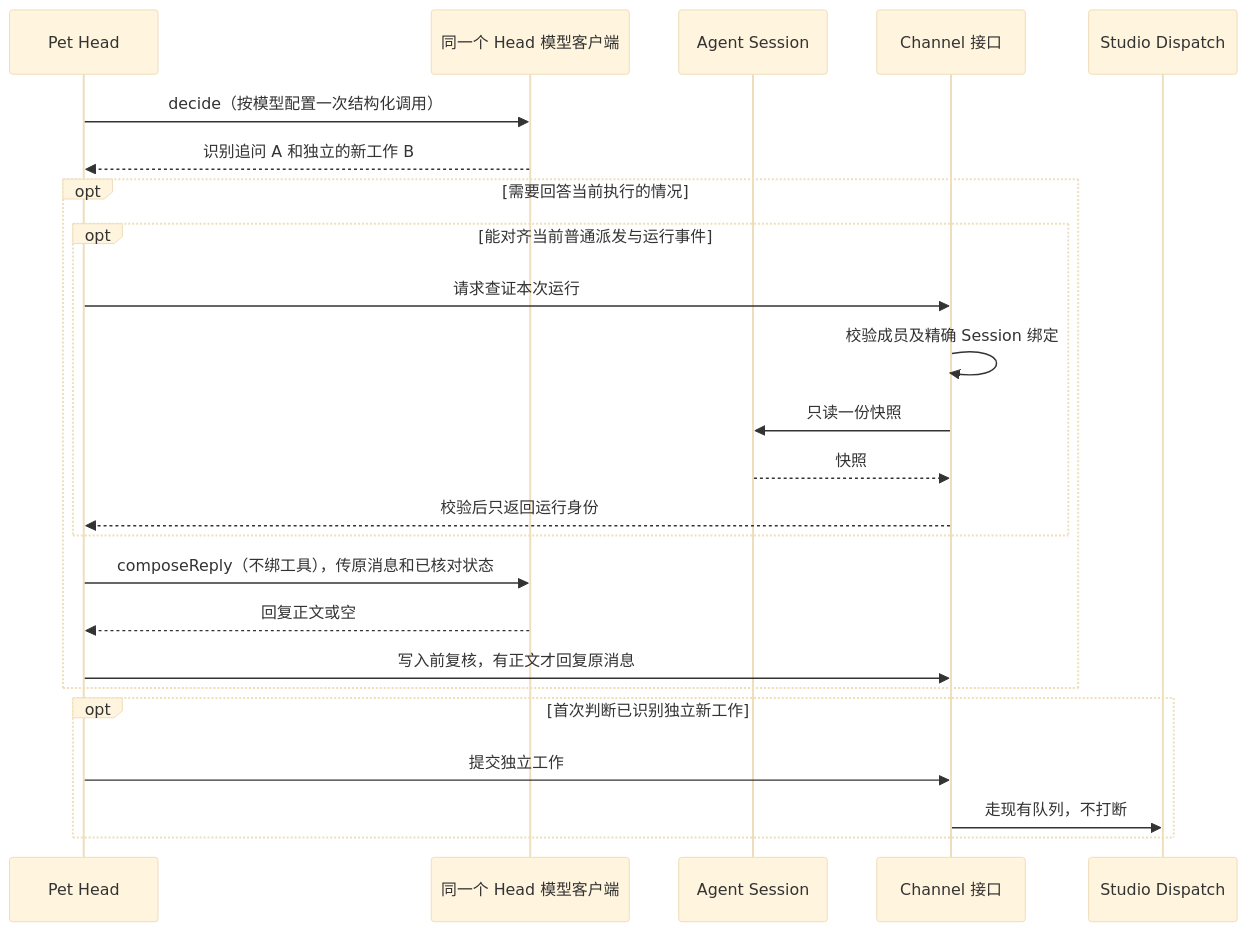
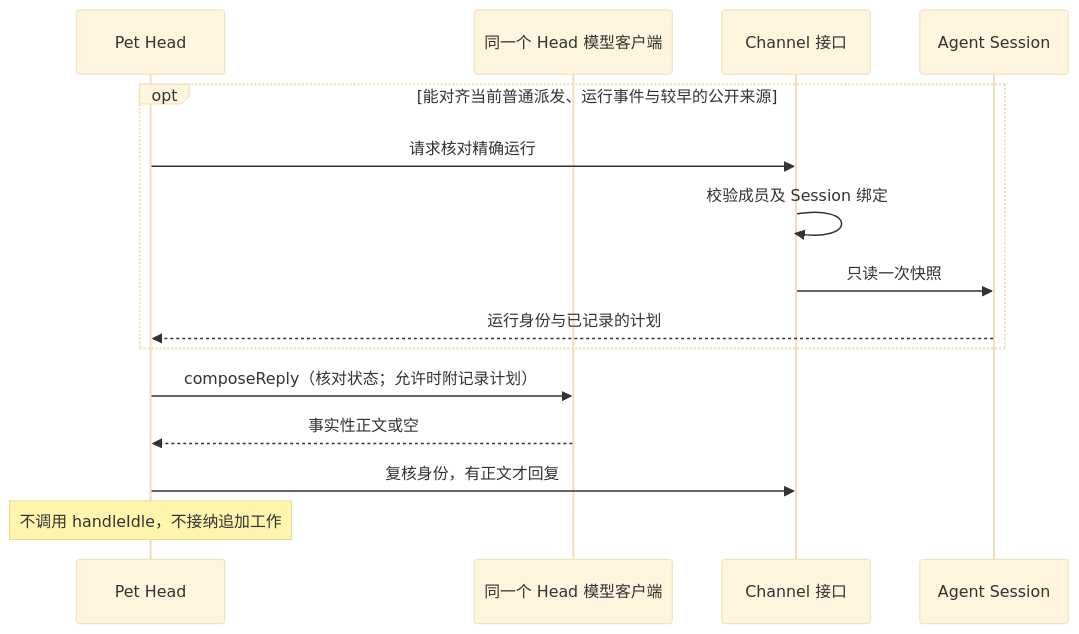
Before and after one commit to pinpawo/pinpawo-agent: the fourth of 5 diagrams in docs/design/studio/pet-head-mechanism.md, drawn with Mermaid (base theme). The commit also changed other lines of this file and 47 other files, not shown here.

````diff
--- a/docs/design/studio/pet-head-mechanism.md
+++ b/docs/design/studio/pet-head-mechanism.md
@@ -95,26 +101,17 @@
 ```mermaid
 sequenceDiagram
     participant H as Pet Head
     participant M as 同一个 Head 模型客户端
+    participant C as Channel 接口
     participant S as Agent Session
-    participant C as Channel 接口
-    participant D as Studio Dispatch
-    H->>M: decide（按模型配置一次结构化调用）
-    M-->>H: 识别追问 A 和独立的新工作 B
-    opt 需要回答当前执行的情况
-        opt 能对齐当前普通派发与运行事件
-            H->>C: 请求查证本次运行
-            C->>C: 校验成员及精确 Session 绑定
-            C->>S: 只读一份快照
-            S-->>C: 快照
-            C-->>H: 校验后只返回运行身份
-        end
-        H->>M: composeReply（不绑工具），传原消息和已核对状态
-        M-->>H: 回复正文或空
-        H->>C: 写入前复核，有正文才回复原消息
+    opt 能对齐当前普通派发、运行事件与较早的公开来源
+        H->>C: 请求核对精确运行
+        C->>C: 校验成员及 Session 绑定
+        C->>S: 只读一次快照
+        S-->>H: 运行身份与已记录的计划
     end
-    opt 首次判断已识别独立新工作
-        H->>C: 提交独立工作
-        C->>D: 走现有队列，不打断
-    end
+    H->>M: composeReply（核对状态；允许时附记录计划）
+    M-->>H: 事实性正文或空
+    H->>C: 复核身份，有正文才回复
+    Note over H: 不调用 handleIdle，不接纳追加工作
 ```
````
